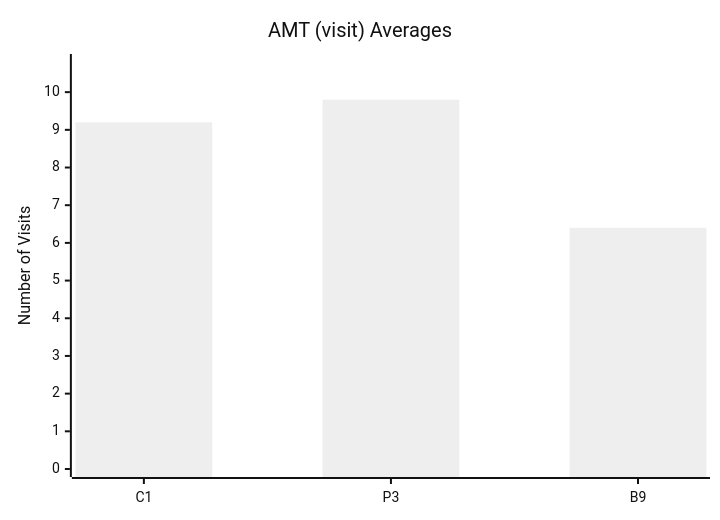
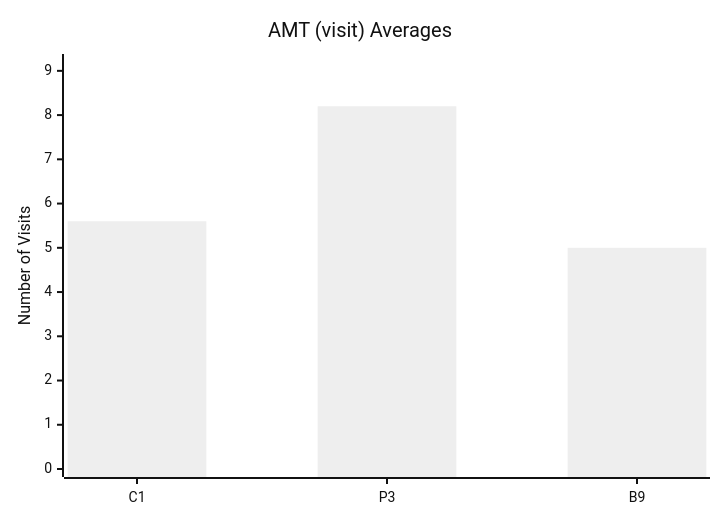
One commit to dhagan-va/intern-2025 changed the tenth of 10 diagrams in test-tools/DataGen/src/Statistics_Visualizer.md. Above: the diagram before and after it, drawn with Mermaid (neutral theme). The commit also changed other lines of this file and 5 other files, not shown here.

````diff
--- a/test-tools/DataGen/src/Statistics_Visualizer.md
+++ b/test-tools/DataGen/src/Statistics_Visualizer.md
@@ -105,7 +106,7 @@
 ```mermaid
 xychart-beta
     title "AMT (visit) Averages"
     x-axis ["C1", "P3", "B9"]
-    y-axis "Number of Visits" 0 --> 10.8
-    bar [9.2, 9.8, 6.4]
+    y-axis "Number of Visits" 0 --> 9.2
+    bar [5.6, 8.2, 5.0]
 ```
````
